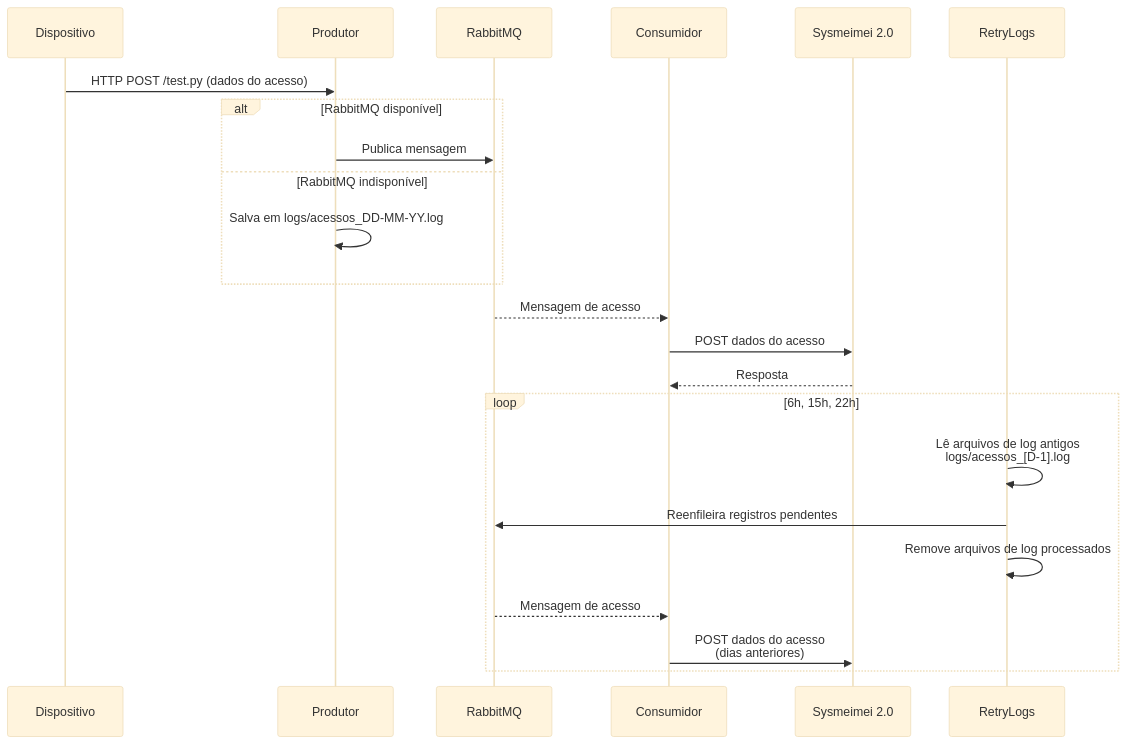
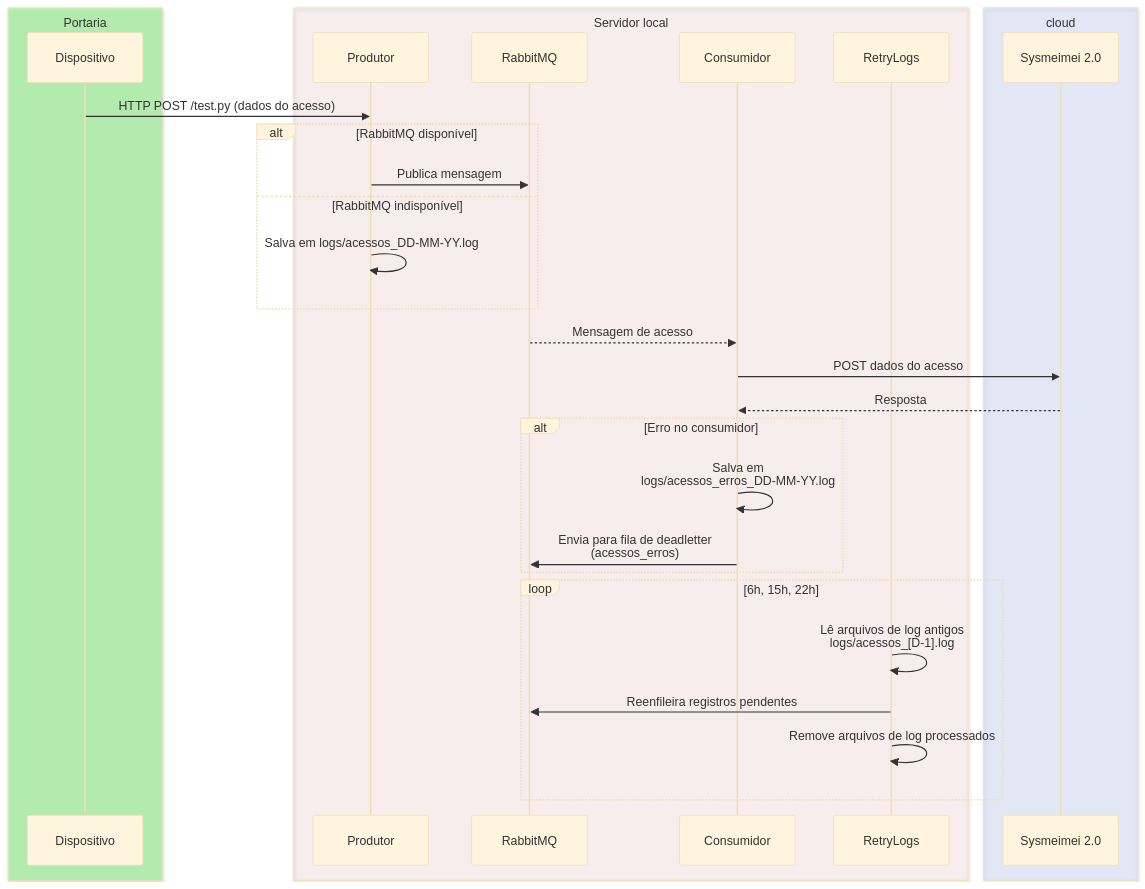
The diagram in readme.md (totalys/sysmeimei-controle-acesso), drawn with Mermaid (base theme) before and after one commit. The commit also changed other lines of this file and 6 other files, not shown here.

````diff
--- a/readme.md
+++ b/readme.md
@@ -77,27 +86,36 @@
 ```mermaid
 sequenceDiagram
+    box rgba(140, 250, 130, 0.5) Portaria
     participant Dispositivo
+    end
+    box rgba(238, 133, 133, 0.1) Servidor local
     participant Produtor
     participant RabbitMQ
     participant Consumidor
+    participant RetryLogs
+    end
+    box rgba(129, 159, 255, 0.16) cloud
     participant Sysmeimei 2.0
-    participant RetryLogs
+    end
 
     Dispositivo->>Produtor: HTTP POST /test.py (dados do acesso)
     alt RabbitMQ disponível
         Produtor->>RabbitMQ: Publica mensagem
     else RabbitMQ indisponível
         Produtor->>Produtor: Salva em logs/acessos_DD-MM-YY.log
     end
     RabbitMQ-->>Consumidor: Mensagem de acesso
     Consumidor->>Sysmeimei 2.0: POST dados do acesso
     Sysmeimei 2.0-->>Consumidor: Resposta
 
+    alt Erro no consumidor
+        Consumidor->>Consumidor: Salva em<br>logs/acessos_erros_DD-MM-YY.log
+        Consumidor->>RabbitMQ: Envia para fila de deadletter<br> (acessos_erros)
+    end
+
     loop 6h, 15h, 22h
         RetryLogs->>RetryLogs: Lê arquivos de log antigos<br>logs/acessos_[D-1].log
         RetryLogs->>RabbitMQ: Reenfileira registros pendentes
         RetryLogs->>RetryLogs: Remove arquivos de log processados
-        RabbitMQ-->>Consumidor: Mensagem de acesso
-        Consumidor->>Sysmeimei 2.0: POST dados do acesso<br>(dias anteriores)
     end
 ```
````
